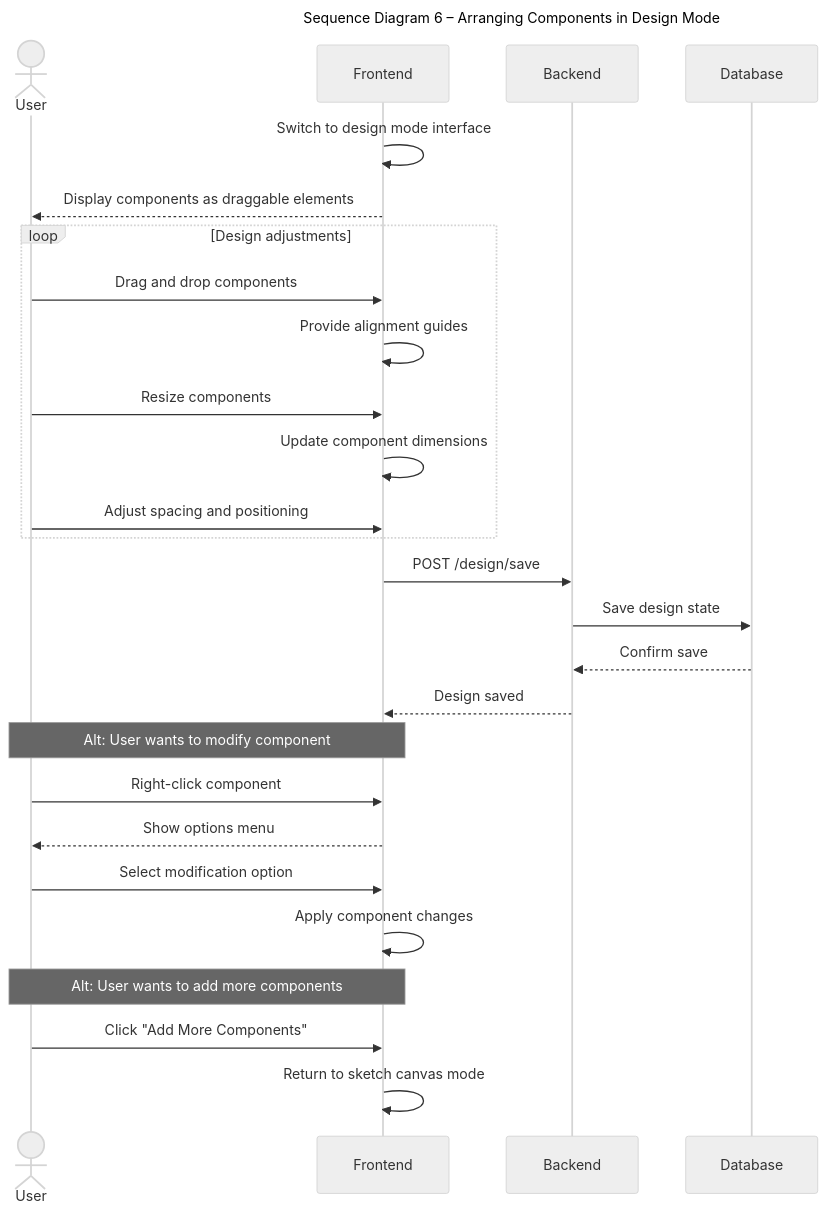
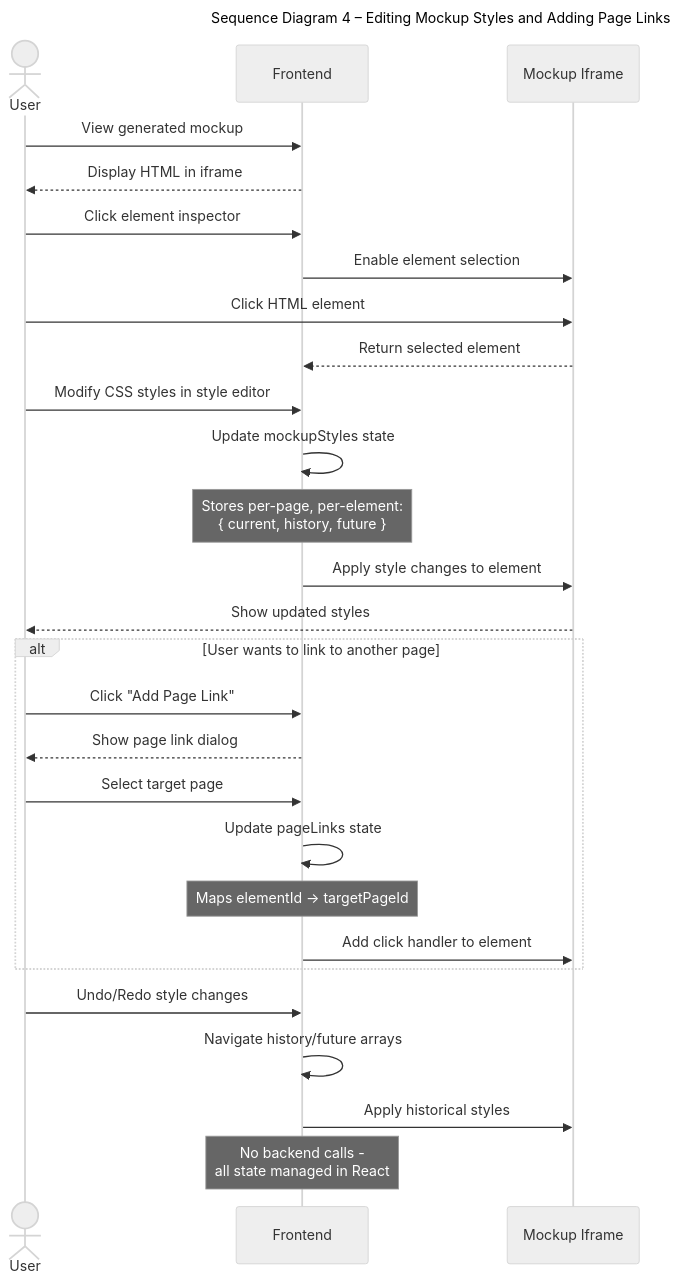
The fourth of 6 diagrams in documentation/docs/system-architecture/sequence-diagrams.md (Capstone-Projects-2025-Fall/project-001-sketch2screen), drawn with Mermaid (neutral theme) before and after one commit. The commit also changed other lines of this file and 2 other files, not shown here.

Commit message:
Updated Sequence Diagrams section

````diff
--- a/documentation/docs/system-architecture/sequence-diagrams.md
+++ b/documentation/docs/system-architecture/sequence-diagrams.md
@@ -237,37 +145,39 @@
 ```mermaid
 ---
-title: Sequence Diagram 6 – Arranging Components in Design Mode
+title: Sequence Diagram 4 – Editing Mockup Styles and Adding Page Links
 ---
 
 sequenceDiagram
     actor User
     participant Frontend
-    participant Backend
-    participant Database
+    participant Iframe as Mockup Iframe
 
-    Frontend->>Frontend: Switch to design mode interface
-    Frontend-->>User: Display components as draggable elements
+    User->>Frontend: View generated mockup
+    Frontend-->>User: Display HTML in iframe
 
-    loop Design adjustments
-        User->>Frontend: Drag and drop components
-        Frontend->>Frontend: Provide alignment guides
-        User->>Frontend: Resize components
-        Frontend->>Frontend: Update component dimensions
-        User->>Frontend: Adjust spacing and positioning
+    User->>Frontend: Click element inspector
+    Frontend->>Iframe: Enable element selection
+    User->>Iframe: Click HTML element
+    Iframe-->>Frontend: Return selected element
+
+    User->>Frontend: Modify CSS styles in style editor
+    Frontend->>Frontend: Update mockupStyles state
+    Note over Frontend: Stores per-page, per-element:<br/>{ current, history, future }
+    Frontend->>Iframe: Apply style changes to element
+    Iframe-->>User: Show updated styles
+
+    alt User wants to link to another page
+        User->>Frontend: Click "Add Page Link"
+        Frontend-->>User: Show page link dialog
+        User->>Frontend: Select target page
+        Frontend->>Frontend: Update pageLinks state
+        Note over Frontend: Maps elementId -> targetPageId
+        Frontend->>Iframe: Add click handler to element
     end
 
-    Frontend->>Backend: POST /design/save
-    Backend->>Database: Save design state
-    Database-->>Backend: Confirm save
-    Backend-->>Frontend: Design saved
+    User->>Frontend: Undo/Redo style changes
+    Frontend->>Frontend: Navigate history/future arrays
+    Frontend->>Iframe: Apply historical styles
 
-    Note over User,Frontend: Alt: User wants to modify component
-    User->>Frontend: Right-click component
-    Frontend-->>User: Show options menu
-    User->>Frontend: Select modification option
-    Frontend->>Frontend: Apply component changes
-
-    Note over User,Frontend: Alt: User wants to add more components
-    User->>Frontend: Click "Add More Components"
-    Frontend->>Frontend: Return to sketch canvas mode
+    Note over Frontend: No backend calls -<br/>all state managed in React
 ```
````
